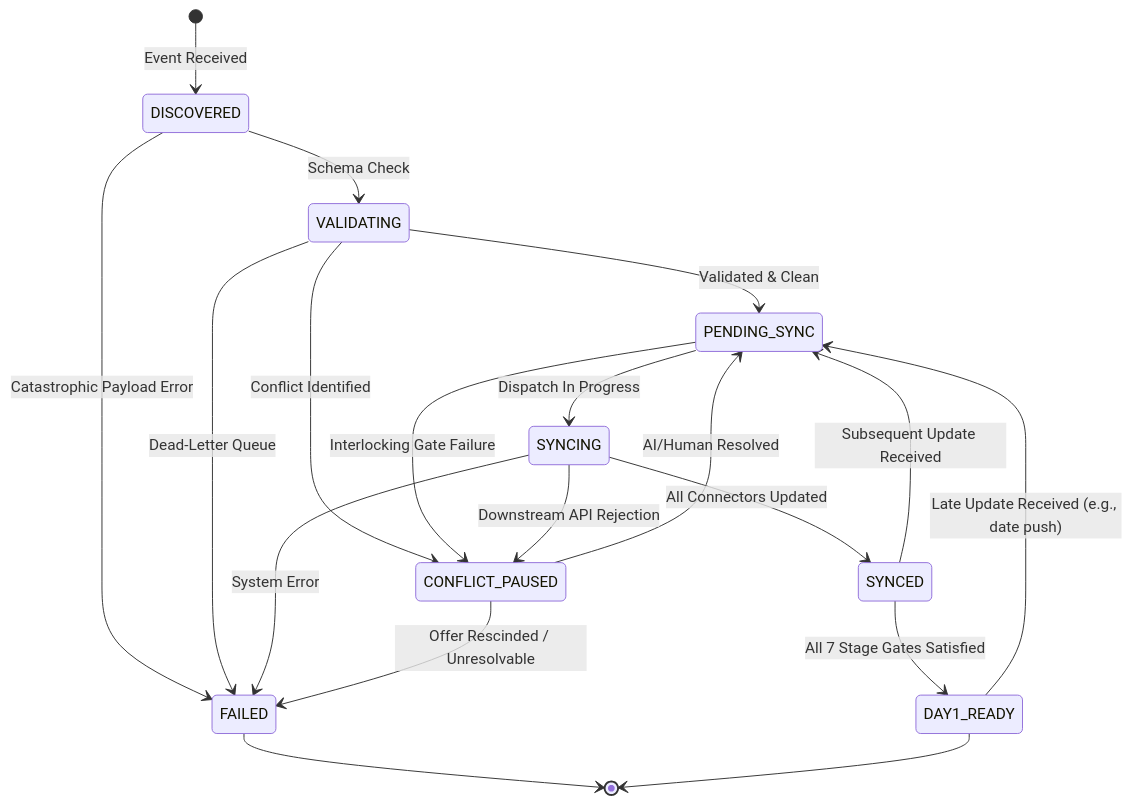
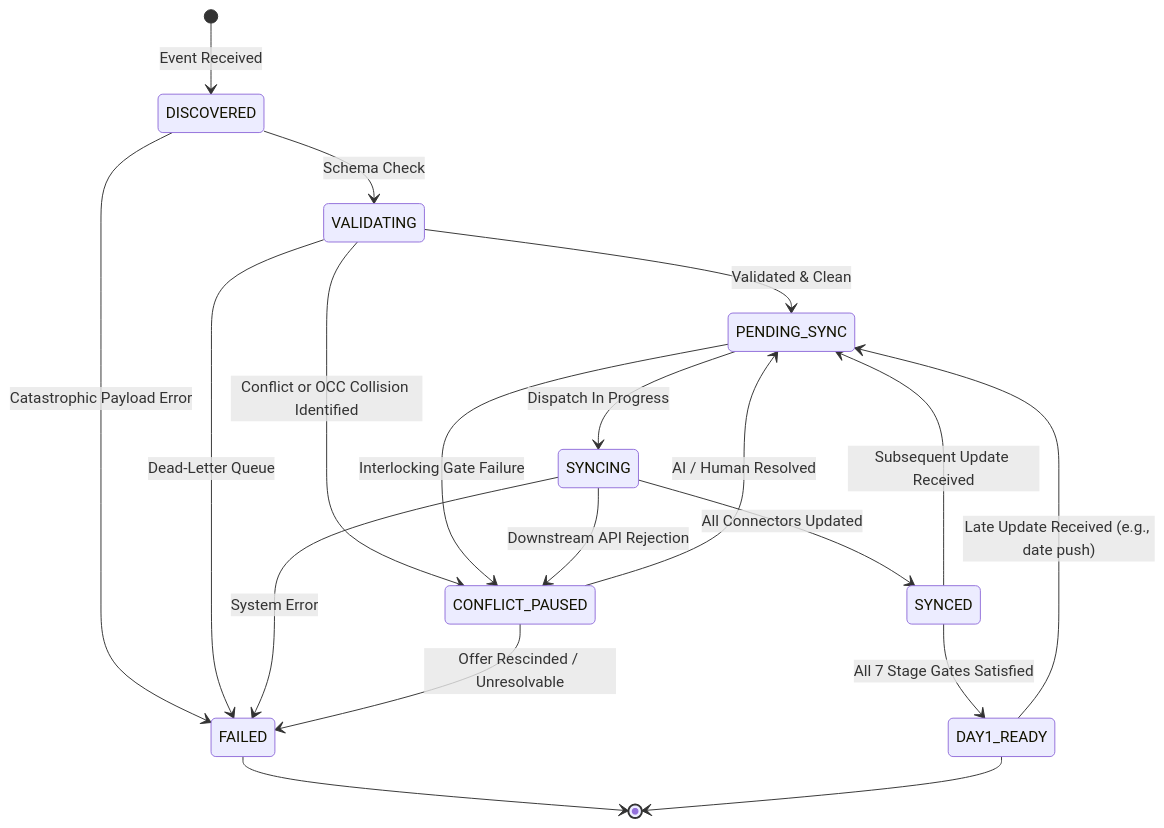
The fourth of 4 diagrams in SYSTEMS_FLOW_MAP.md (arpitb827/BetterUp-Ai-automation), drawn with Mermaid before and after one commit. The commit also changed other lines of this file and 1 other file, not shown here.

````diff
--- a/SYSTEMS_FLOW_MAP.md
+++ b/SYSTEMS_FLOW_MAP.md
@@ -139,28 +165,28 @@
 ```mermaid
 stateDiagram-v2
     [*] --> DISCOVERED: Event Received
     DISCOVERED --> VALIDATING: Schema Check
     DISCOVERED --> FAILED: Catastrophic Payload Error
 
     VALIDATING --> PENDING_SYNC: Validated & Clean
-    VALIDATING --> CONFLICT_PAUSED: Conflict Identified
+    VALIDATING --> CONFLICT_PAUSED: Conflict or OCC Collision Identified
     VALIDATING --> FAILED: Dead-Letter Queue
 
     PENDING_SYNC --> SYNCING: Dispatch In Progress
     PENDING_SYNC --> CONFLICT_PAUSED: Interlocking Gate Failure
 
     SYNCING --> SYNCED: All Connectors Updated
     SYNCING --> CONFLICT_PAUSED: Downstream API Rejection
     SYNCING --> FAILED: System Error
 
-    CONFLICT_PAUSED --> PENDING_SYNC: AI/Human Resolved
+    CONFLICT_PAUSED --> PENDING_SYNC: AI / Human Resolved
     CONFLICT_PAUSED --> FAILED: Offer Rescinded / Unresolvable
 
     SYNCED --> DAY1_READY: All 7 Stage Gates Satisfied
     SYNCED --> PENDING_SYNC: Subsequent Update Received
 
     DAY1_READY --> PENDING_SYNC: Late Update Received (e.g., date push)
 
     FAILED --> [*]
     DAY1_READY --> [*]
 ```
````
